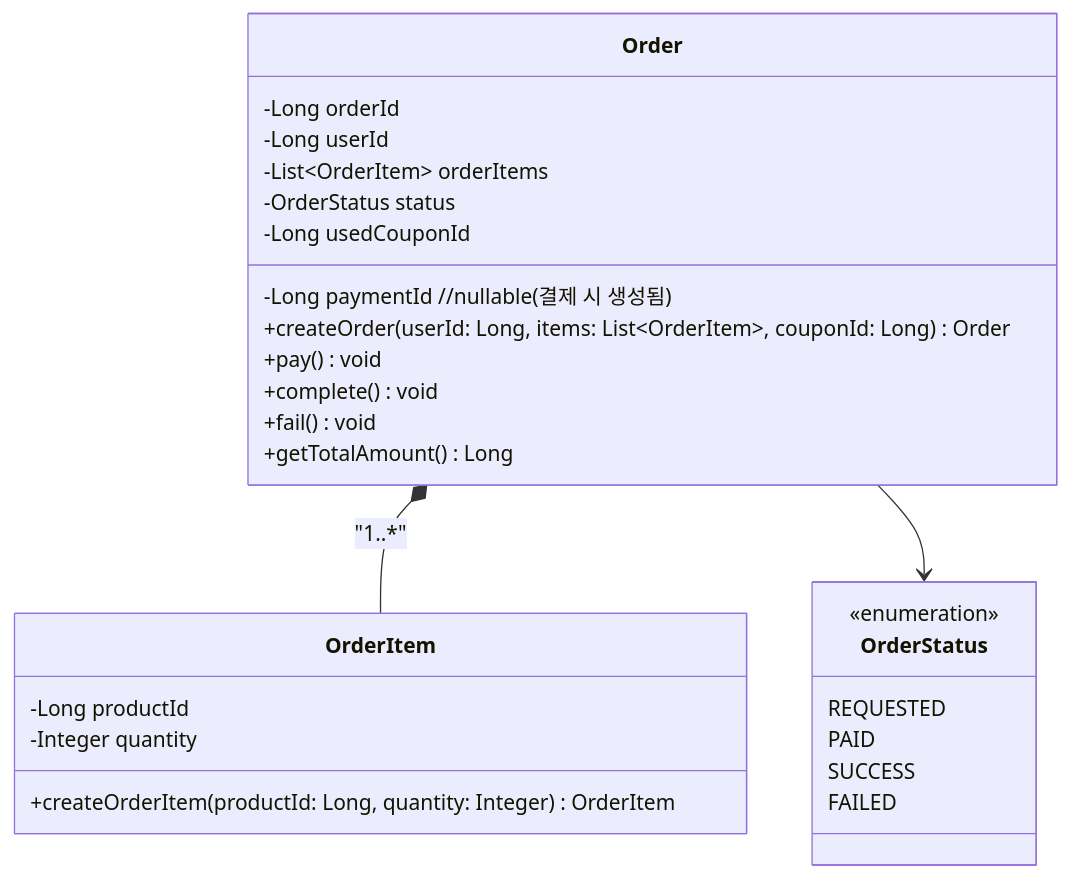
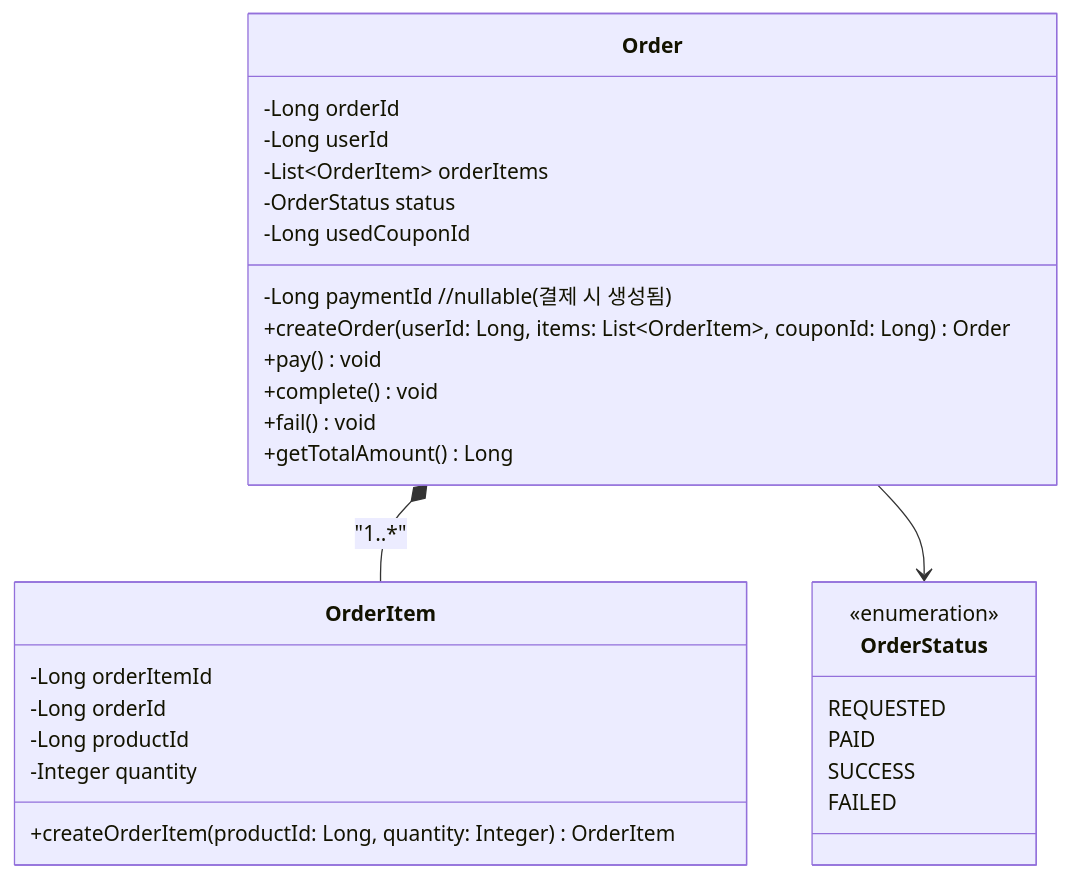
One commit to lostcatbox/e-commerce-order-service changed the third of 6 diagrams in docs/ClassDiagrams.md. Above: the diagram before and after it, drawn with Mermaid. The commit also changed other lines of this file and 1 other file, not shown here.

Commit message:
[docs] UserCoupon에 pk Id추가, OrderItem에 pk Id추가

````diff
--- a/docs/ClassDiagrams.md
+++ b/docs/ClassDiagrams.md
@@ -30,34 +30,36 @@
 ```mermaid
 classDiagram
     class Order {
         -Long orderId
         -Long userId
         -Long paymentId //nullable(결제 시 생성됨)
         -List~OrderItem~ orderItems
         -OrderStatus status
         -Long usedCouponId
         +createOrder(userId: Long, items: List~OrderItem~, couponId: Long) Order
         +pay() void
         +complete() void
         +fail() void
         +getTotalAmount() Long
     }
 
     class OrderItem {
+        -Long orderItemId
+        -Long orderId
         -Long productId
         -Integer quantity
         +createOrderItem(productId: Long, quantity: Integer) OrderItem
     }
 
     class OrderStatus {
         <<enumeration>>
         REQUESTED
         PAID
         SUCCESS
         FAILED
     }
 
     Order *-- OrderItem : "1..*"
     Order --> OrderStatus
 
 ```
````
